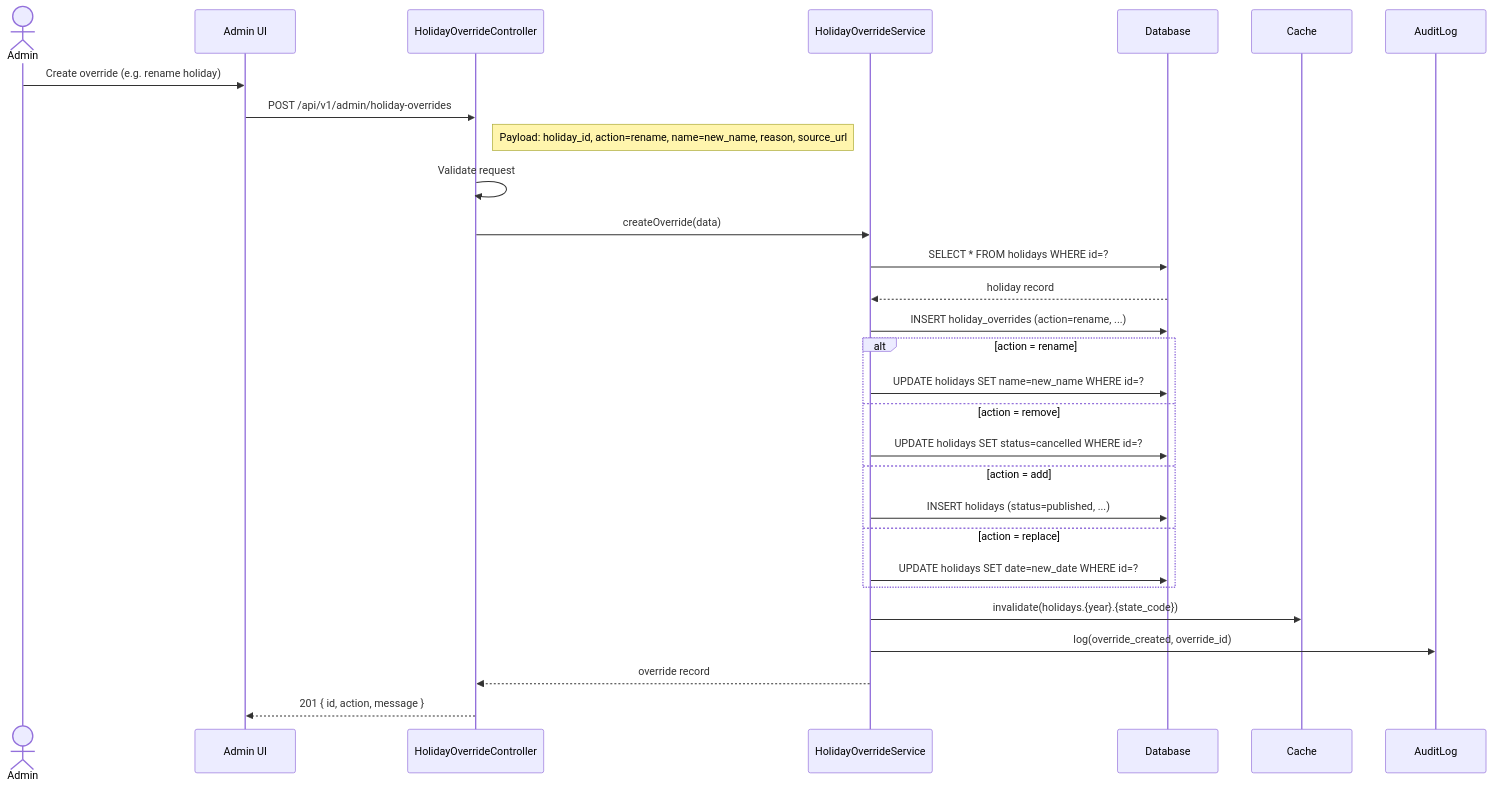
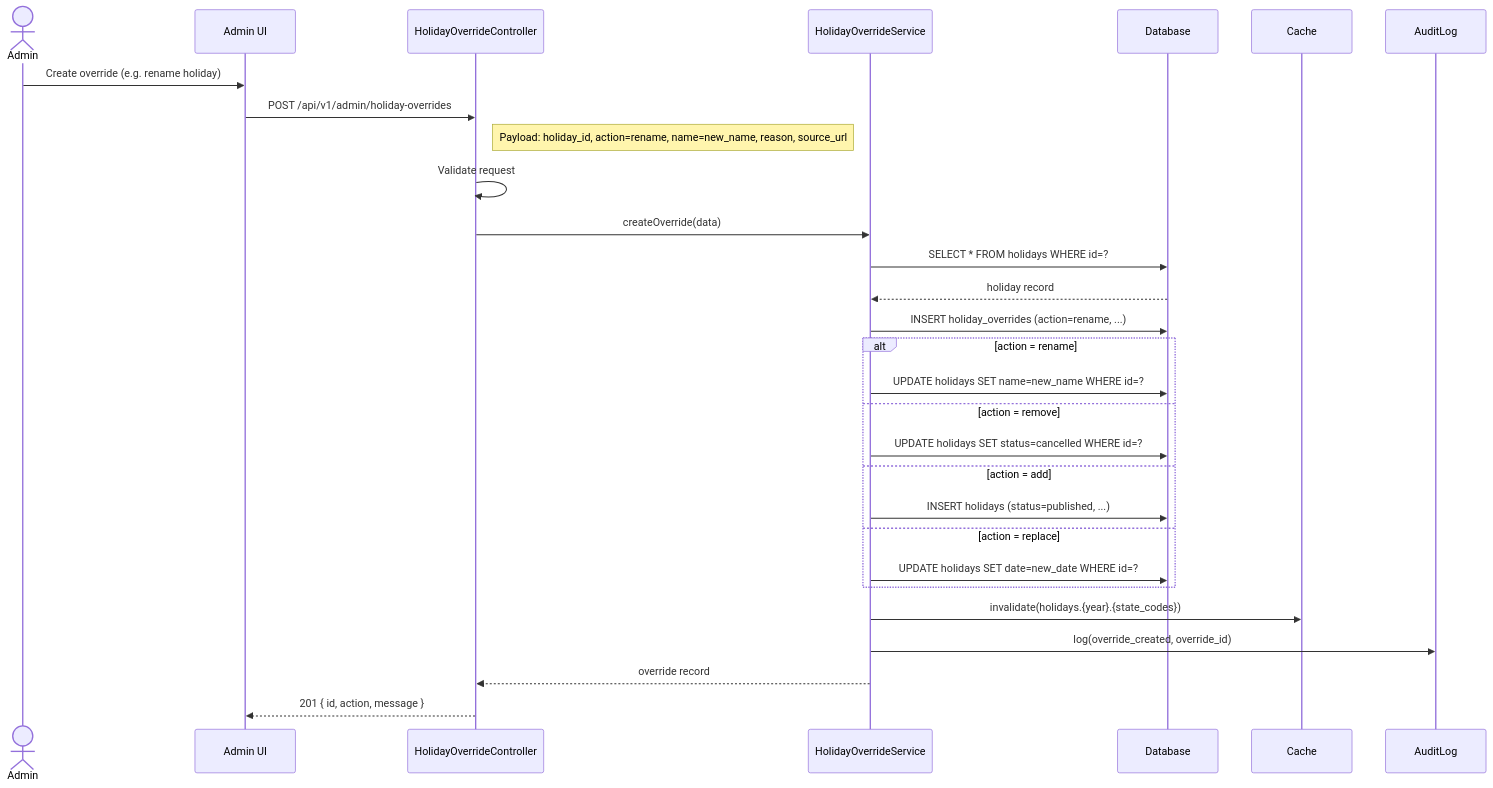
Before and after one commit to DyDxdYdX/malaysia-holiday-api: the third of 7 diagrams in docs/04-sequence-diagrams.md, drawn with Mermaid. The commit also changed other lines of this file and 31 other files, not shown here.

Commit message:
refactor: refactor holidays management to support multiple state codes

````diff
--- a/docs/04-sequence-diagrams.md
+++ b/docs/04-sequence-diagrams.md
@@ -108,37 +108,37 @@
 ```mermaid
 sequenceDiagram
     actor Admin
     participant UI as Admin UI
     participant OC as HolidayOverrideController
     participant OS as HolidayOverrideService
     participant DB as Database
     participant CACHE as Cache
     participant AL as AuditLog
 
     Admin->>UI: Create override (e.g. rename holiday)
     UI->>OC: POST /api/v1/admin/holiday-overrides
     Note right of OC: Payload: holiday_id, action=rename, name=new_name, reason, source_url
 
     OC->>OC: Validate request
     OC->>OS: createOverride(data)
 
     OS->>DB: SELECT * FROM holidays WHERE id=?
     DB-->>OS: holiday record
 
     OS->>DB: INSERT holiday_overrides (action=rename, ...)
 
     alt action = rename
         OS->>DB: UPDATE holidays SET name=new_name WHERE id=?
     else action = remove
         OS->>DB: UPDATE holidays SET status=cancelled WHERE id=?
     else action = add
         OS->>DB: INSERT holidays (status=published, ...)
     else action = replace
         OS->>DB: UPDATE holidays SET date=new_date WHERE id=?
     end
 
-    OS->>CACHE: invalidate(holidays.{year}.{state_code})
+    OS->>CACHE: invalidate(holidays.{year}.{state_codes})
     OS->>AL: log(override_created, override_id)
     OS-->>OC: override record
     OC-->>UI: 201 { id, action, message }
 ```
````
